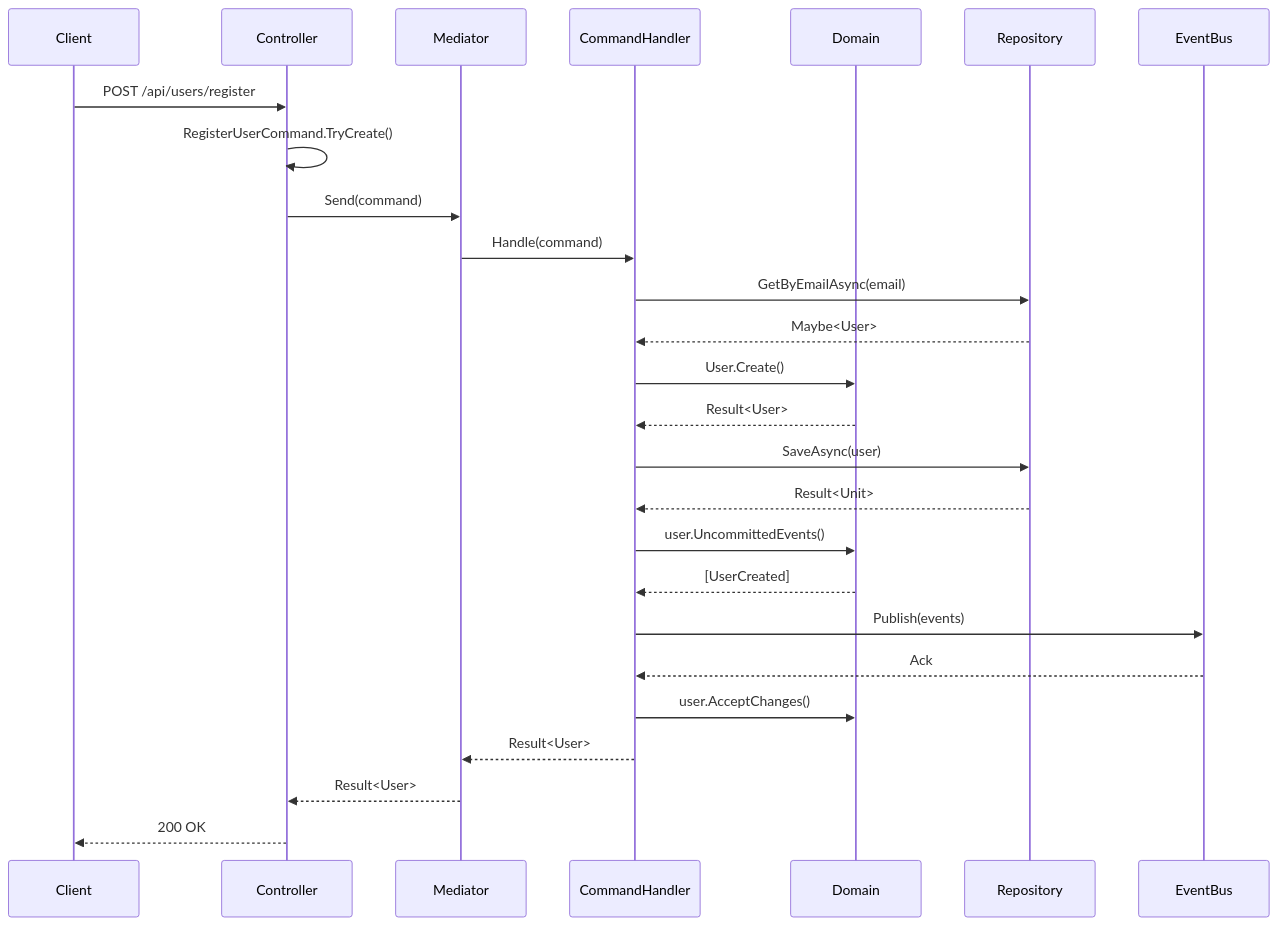
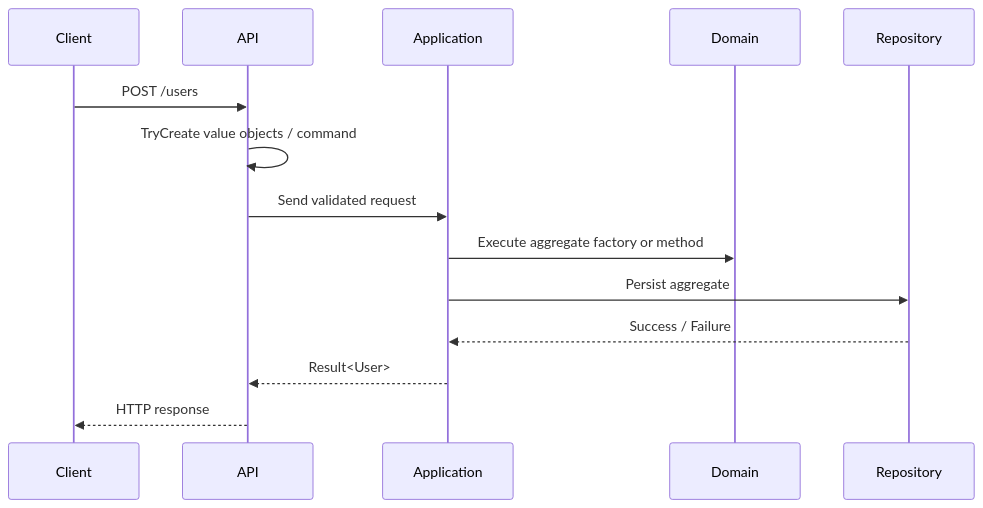
The third of 3 diagrams in docs/docfx_project/articles/clean-architecture.md (xavierjohn/Trellis), drawn with Mermaid before and after one commit. The commit also changed other lines of this file and 107 other files, not shown here.

````diff
--- a/docs/docfx_project/articles/clean-architecture.md
+++ b/docs/docfx_project/articles/clean-architecture.md
@@ -704,36 +335,17 @@
 ```mermaid
 sequenceDiagram
     participant Client
-    participant Controller
-    participant Mediator
-    participant CommandHandler
+    participant API
+    participant App as Application
     participant Domain
-    participant Repository
-    participant EventBus
-    
-    Client->>Controller: POST /api/users/register
-    Controller->>Controller: RegisterUserCommand.TryCreate()
-    Controller->>Mediator: Send(command)
-    Mediator->>CommandHandler: Handle(command)
-    
-    CommandHandler->>Repository: GetByEmailAsync(email)
-    Repository-->>CommandHandler: Maybe<User>
-    
-    CommandHandler->>Domain: User.Create()
-    Domain-->>CommandHandler: Result<User>
-    
-    CommandHandler->>Repository: SaveAsync(user)
-    Repository-->>CommandHandler: Result<Unit>
-    
-    CommandHandler->>Domain: user.UncommittedEvents()
-    Domain-->>CommandHandler: [UserCreated]
-    
-    CommandHandler->>EventBus: Publish(events)
-    EventBus-->>CommandHandler: Ack
-    
-    CommandHandler->>Domain: user.AcceptChanges()
-    
-    CommandHandler-->>Mediator: Result<User>
-    Mediator-->>Controller: Result<User>
-    Controller-->>Client: 200 OK
+    participant Repo as Repository
+
+    Client->>API: POST /users
+    API->>API: TryCreate value objects / command
+    API->>App: Send validated request
+    App->>Domain: Execute aggregate factory or method
+    App->>Repo: Persist aggregate
+    Repo-->>App: Success / Failure
+    App-->>API: Result<User>
+    API-->>Client: HTTP response
 ```
````
